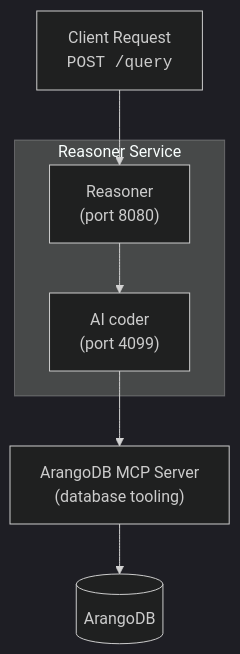
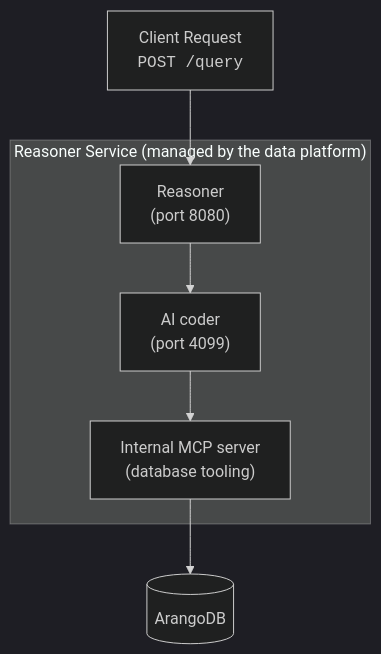
The third of 3 diagrams in site/content/agentic-ai-suite/reasoner/_index.md (arangodb/docs-hugo), drawn with Mermaid (dark theme) before and after one commit. The commit also changed other lines of this file and 3 other files, not shown here.

First line of the commit message:
Reasoner uses internal, advanced MCP server (arangodb-mcp-server) (#1203)

````diff
--- a/site/content/agentic-ai-suite/reasoner/_index.md
+++ b/site/content/agentic-ai-suite/reasoner/_index.md
@@ -90,15 +101,15 @@
 ```mermaid
 flowchart TD
     Client["Client Request
       <code>POST /query</code>"] --> ReasonerPort
 
-    subgraph ReasonerService["Reasoner Service"]
+    subgraph ReasonerService["Reasoner Service (managed by the data platform)"]
         ReasonerPort["Reasoner
         (port 8080)"] --> AICoder["AI coder
         (port 4099)"]
+        AICoder --> MCP["Internal MCP server
+        (database tooling)"]
     end
 
-    AICoder --> MCP["ArangoDB MCP Server
-      (database tooling)"]
     MCP --> DB[(ArangoDB)]
 ```
````
